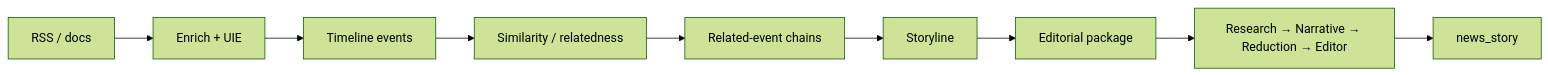
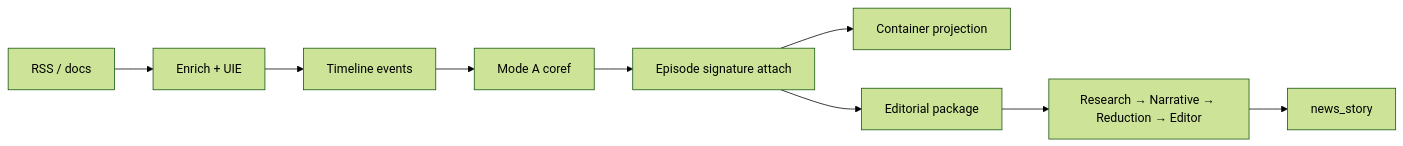
One commit to rizen94/News-Intelligence-Public changed the second of 2 diagrams in docs/ASSEMBLY_MODEL.md. Above: the diagram before and after it, drawn with Mermaid (forest theme). The commit also changed other lines of this file and 36 other files, not shown here.

````diff
--- a/docs/ASSEMBLY_MODEL.md
+++ b/docs/ASSEMBLY_MODEL.md
@@ -17,11 +52,11 @@
 ```mermaid
 flowchart LR
   RSS[RSS / docs] --> Enrich[Enrich + UIE]
   Enrich --> CE[Timeline events]
-  CE --> Match[Similarity / relatedness]
-  Match --> Chain[Related-event chains]
-  Chain --> SL[Storyline]
-  SL --> Pack[Editorial package]
+  CE --> Coref[Mode A coref]
+  Coref --> Ep[Episode signature attach]
+  Ep --> Cont[Container projection]
+  Ep --> Pack[Editorial package]
   Pack --> RNRE[Research → Narrative → Reduction → Editor]
   RNRE --> Story[news_story]
 ```
````
